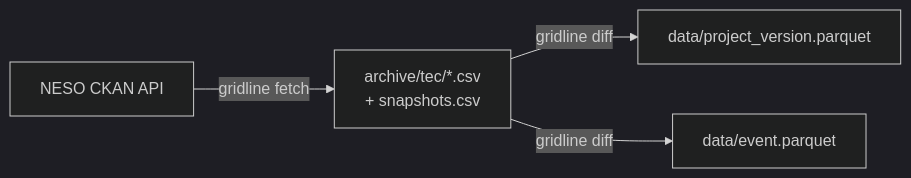
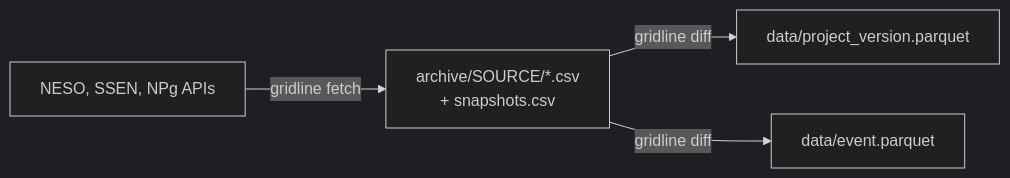
One commit to anwaroodin/gridline changed the diagram in README.md. Above: the diagram before and after it, drawn with Mermaid (dark theme). The commit also changed other lines of this file, not shown here.

Commit message:
docs: add the SSEN and NPg sources, licences and attribution

````diff
--- a/README.md
+++ b/README.md
@@ -50,6 +61,6 @@
 ```mermaid
 flowchart LR
-    A[NESO CKAN API] -->|gridline fetch| B[archive/tec/*.csv<br/>+ snapshots.csv]
+    A[NESO, SSEN, NPg APIs] -->|gridline fetch| B[archive/SOURCE/*.csv<br/>+ snapshots.csv]
     B -->|gridline diff| C[data/project_version.parquet]
     B -->|gridline diff| D[data/event.parquet]
 ```
````
